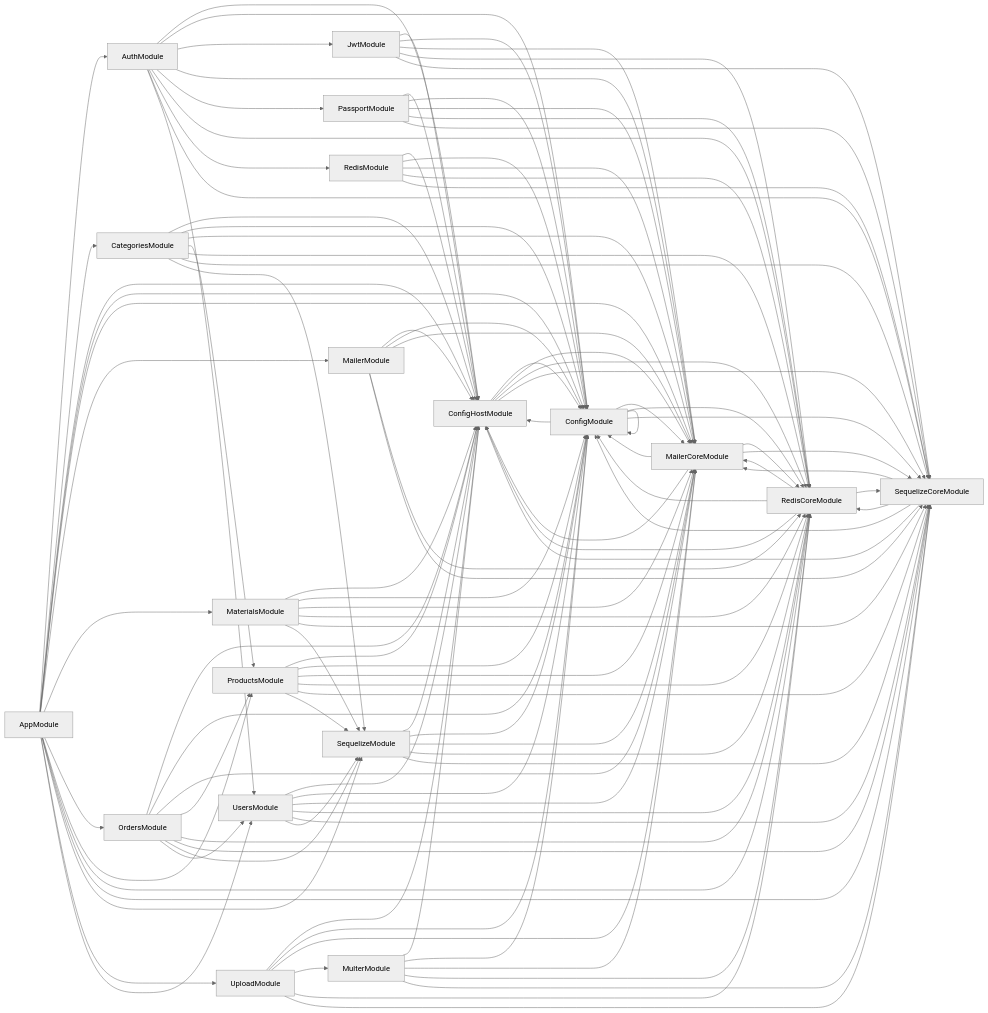
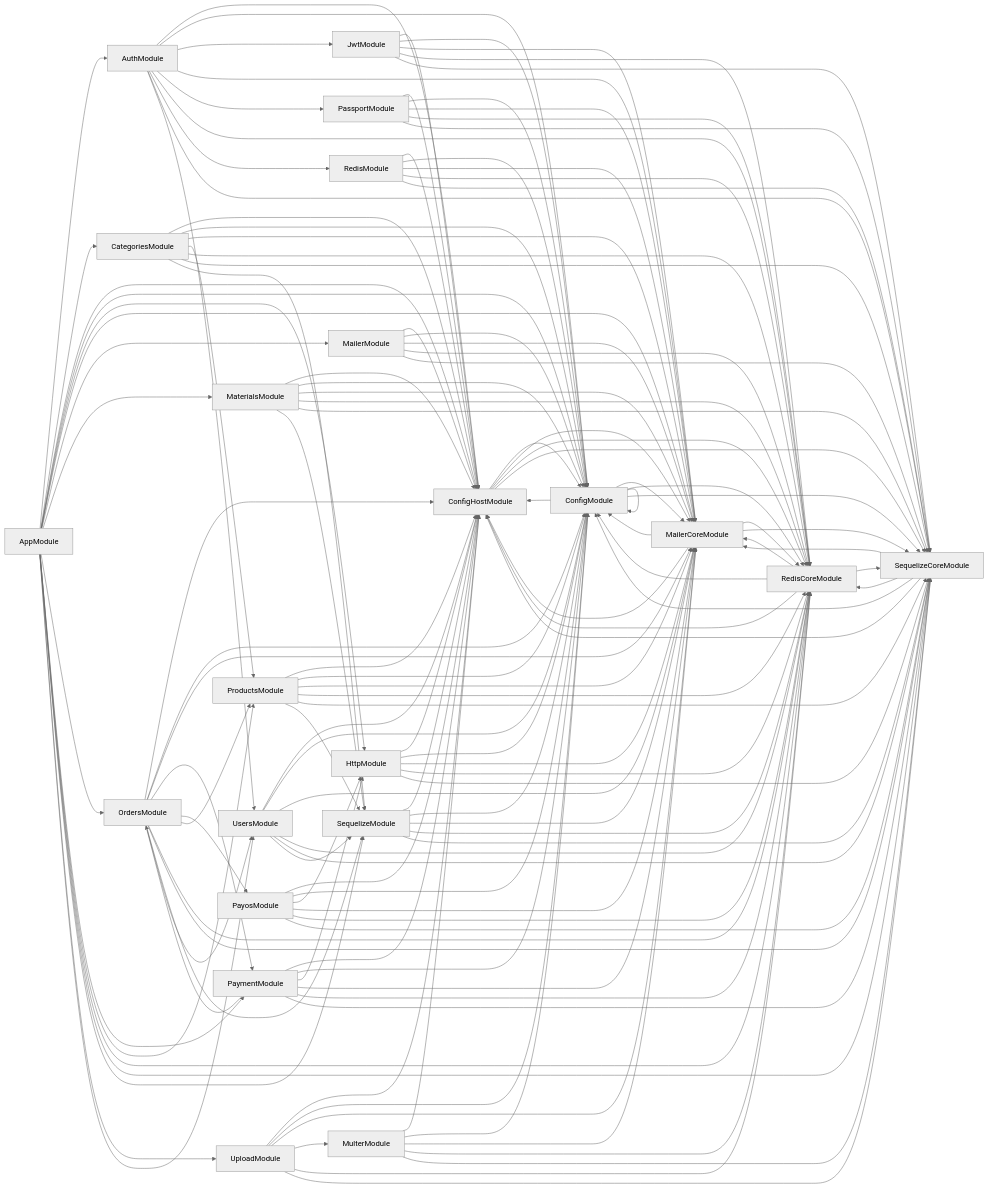
The diagram in deps.mermaid (csc13001-kafi/csc13001-kafi-server), drawn with Mermaid (neutral theme) before and after one commit. The commit also changed 18 other files, not shown here.

```diff
--- a/deps.mermaid
+++ b/deps.mermaid
@@ -1,114 +1,136 @@
 graph LR
     AppModule-->AuthModule
   AppModule-->CategoriesModule
   AppModule-->ConfigHostModule
   AppModule-->ConfigModule
+  AppModule-->HttpModule
   AppModule-->MailerCoreModule
   AppModule-->MailerModule
   AppModule-->MaterialsModule
   AppModule-->OrdersModule
+  AppModule-->PaymentModule
   AppModule-->ProductsModule
   AppModule-->RedisCoreModule
   AppModule-->SequelizeCoreModule
   AppModule-->SequelizeModule
   AppModule-->UploadModule
   AppModule-->UsersModule
   AuthModule-->ConfigHostModule
   AuthModule-->ConfigModule
   AuthModule-->JwtModule
   AuthModule-->MailerCoreModule
   AuthModule-->PassportModule
   AuthModule-->RedisCoreModule
   AuthModule-->RedisModule
   AuthModule-->SequelizeCoreModule
   AuthModule-->UsersModule
   CategoriesModule-->ConfigHostModule
   CategoriesModule-->ConfigModule
   CategoriesModule-->MailerCoreModule
   CategoriesModule-->ProductsModule
   CategoriesModule-->RedisCoreModule
   CategoriesModule-->SequelizeCoreModule
   CategoriesModule-->SequelizeModule
   ConfigHostModule-->ConfigModule
   ConfigHostModule-->MailerCoreModule
   ConfigHostModule-->RedisCoreModule
   ConfigHostModule-->SequelizeCoreModule
   ConfigModule-->ConfigHostModule
   ConfigModule-->ConfigModule
   ConfigModule-->MailerCoreModule
   ConfigModule-->RedisCoreModule
   ConfigModule-->SequelizeCoreModule
+  HttpModule-->ConfigHostModule
+  HttpModule-->ConfigModule
+  HttpModule-->MailerCoreModule
+  HttpModule-->RedisCoreModule
+  HttpModule-->SequelizeCoreModule
   JwtModule-->ConfigHostModule
   JwtModule-->ConfigModule
   JwtModule-->MailerCoreModule
   JwtModule-->RedisCoreModule
   JwtModule-->SequelizeCoreModule
   MailerCoreModule-->ConfigHostModule
   MailerCoreModule-->ConfigModule
   MailerCoreModule-->RedisCoreModule
   MailerCoreModule-->SequelizeCoreModule
   MailerModule-->ConfigHostModule
   MailerModule-->ConfigModule
   MailerModule-->MailerCoreModule
   MailerModule-->RedisCoreModule
   MailerModule-->SequelizeCoreModule
   MaterialsModule-->ConfigHostModule
   MaterialsModule-->ConfigModule
   MaterialsModule-->MailerCoreModule
   MaterialsModule-->RedisCoreModule
   MaterialsModule-->SequelizeCoreModule
   MaterialsModule-->SequelizeModule
   MulterModule-->ConfigHostModule
   MulterModule-->ConfigModule
   MulterModule-->MailerCoreModule
   MulterModule-->RedisCoreModule
   MulterModule-->SequelizeCoreModule
   OrdersModule-->ConfigHostModule
   OrdersModule-->ConfigModule
   OrdersModule-->MailerCoreModule
+  OrdersModule-->PaymentModule
+  OrdersModule-->PayosModule
   OrdersModule-->ProductsModule
   OrdersModule-->RedisCoreModule
   OrdersModule-->SequelizeCoreModule
   OrdersModule-->SequelizeModule
   OrdersModule-->UsersModule
   PassportModule-->ConfigHostModule
   PassportModule-->ConfigModule
   PassportModule-->MailerCoreModule
   PassportModule-->RedisCoreModule
   PassportModule-->SequelizeCoreModule
+  PaymentModule-->ConfigHostModule
+  PaymentModule-->ConfigModule
+  PaymentModule-->HttpModule
+  PaymentModule-->MailerCoreModule
+  PaymentModule-->OrdersModule
+  PaymentModule-->RedisCoreModule
+  PaymentModule-->SequelizeCoreModule
+  PayosModule-->ConfigHostModule
+  PayosModule-->ConfigModule
+  PayosModule-->HttpModule
+  PayosModule-->MailerCoreModule
+  PayosModule-->RedisCoreModule
+  PayosModule-->SequelizeCoreModule
   ProductsModule-->ConfigHostModule
   ProductsModule-->ConfigModule
   ProductsModule-->MailerCoreModule
   ProductsModule-->RedisCoreModule
   ProductsModule-->SequelizeCoreModule
   ProductsModule-->SequelizeModule
   RedisCoreModule-->ConfigHostModule
   RedisCoreModule-->ConfigModule
   RedisCoreModule-->MailerCoreModule
   RedisCoreModule-->SequelizeCoreModule
   RedisModule-->ConfigHostModule
   RedisModule-->ConfigModule
   RedisModule-->MailerCoreModule
   RedisModule-->RedisCoreModule
   RedisModule-->SequelizeCoreModule
   SequelizeCoreModule-->ConfigHostModule
   SequelizeCoreModule-->ConfigModule
   SequelizeCoreModule-->MailerCoreModule
   SequelizeCoreModule-->RedisCoreModule
   SequelizeModule-->ConfigHostModule
   SequelizeModule-->ConfigModule
   SequelizeModule-->MailerCoreModule
   SequelizeModule-->RedisCoreModule
   SequelizeModule-->SequelizeCoreModule
   UploadModule-->ConfigHostModule
   UploadModule-->ConfigModule
   UploadModule-->MailerCoreModule
   UploadModule-->MulterModule
   UploadModule-->RedisCoreModule
   UploadModule-->SequelizeCoreModule
   UsersModule-->ConfigHostModule
   UsersModule-->ConfigModule
   UsersModule-->MailerCoreModule
   UsersModule-->RedisCoreModule
   UsersModule-->SequelizeCoreModule
   UsersModule-->SequelizeModule
```
